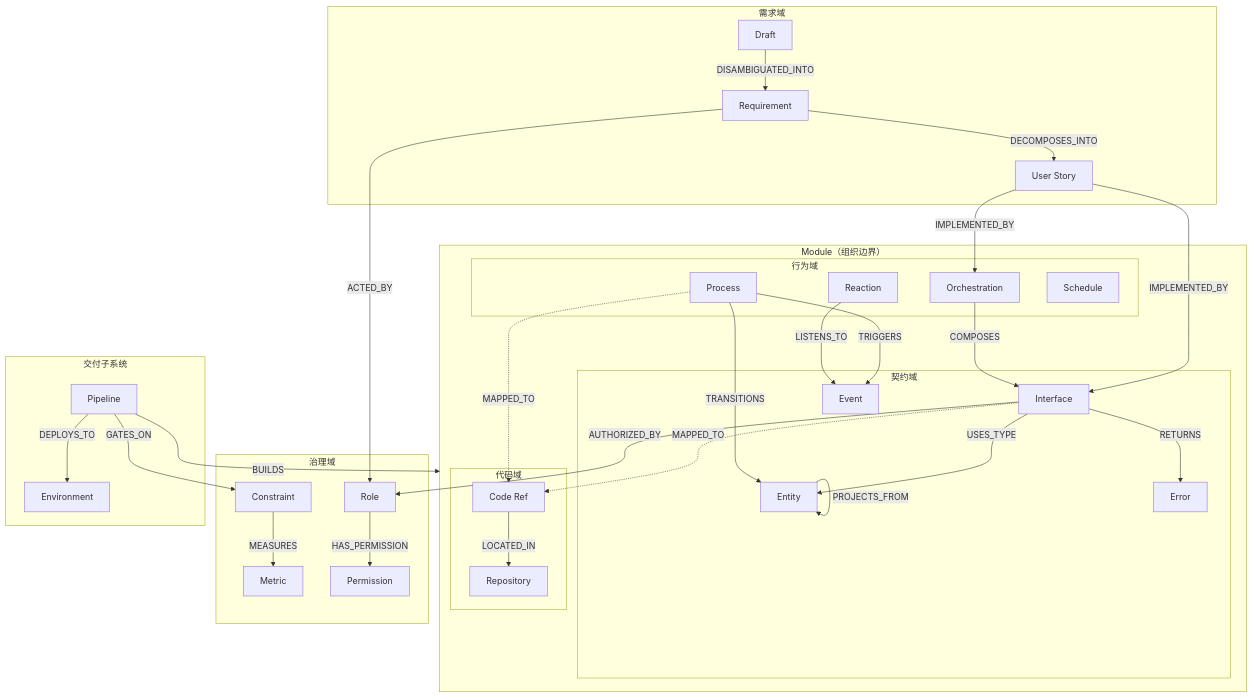
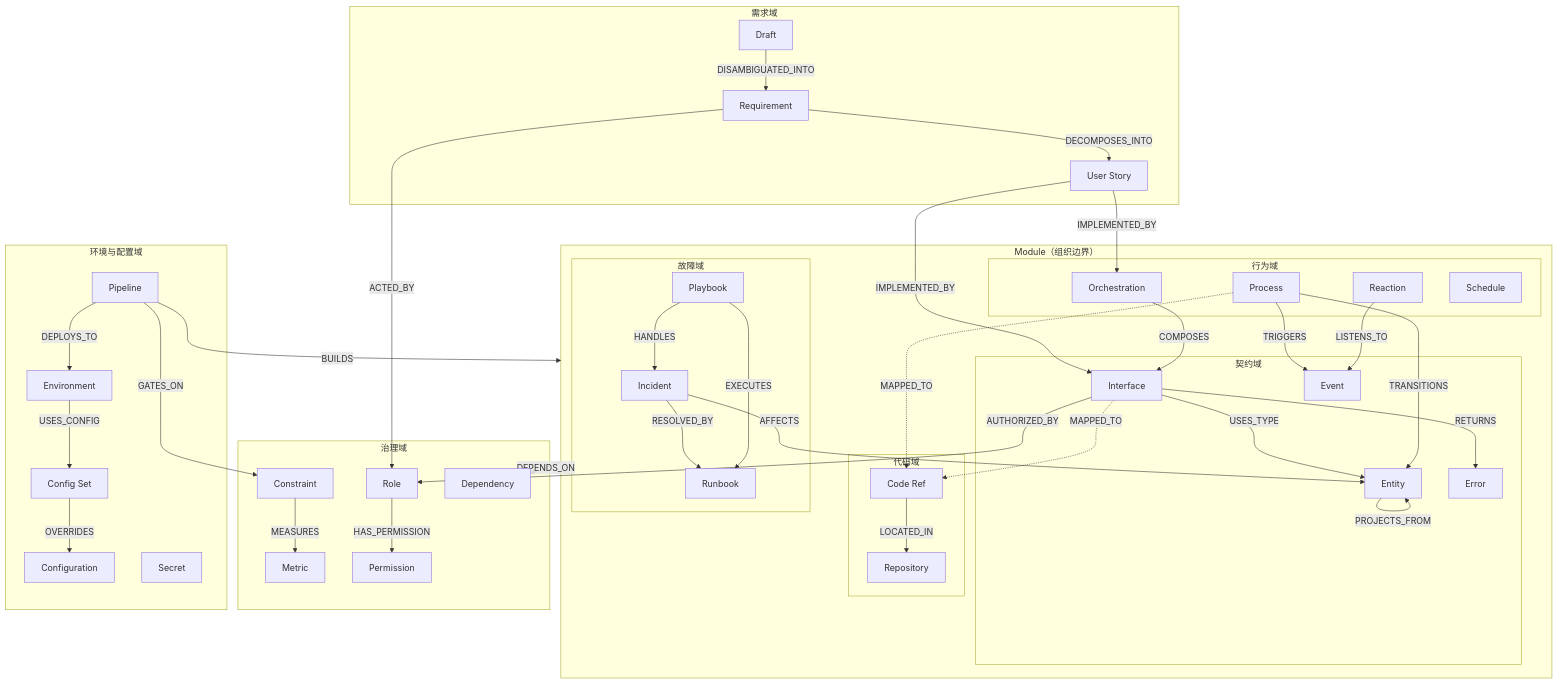
Before and after one commit to wang-x-xia/learn-ai: the second of 2 diagrams in idea/sds/concepts.md, drawn with Mermaid. The commit also changed other lines of this file and 10 other files, not shown here.

````diff
--- a/idea/sds/concepts.md
+++ b/idea/sds/concepts.md
@@ -116,58 +128,72 @@
 ```mermaid
 graph TD
     subgraph requirement["需求域"]
         DRAFT["Draft"] -->|DISAMBIGUATED_INTO| REQ["Requirement"]
         REQ -->|DECOMPOSES_INTO| US["User Story"]
     end
 
     subgraph module_boundary["Module（组织边界）"]
         subgraph contract["契约域"]
             ENT["Entity"] -->|PROJECTS_FROM| ENT
             API["Interface"] -->|USES_TYPE| ENT
             API -->|RETURNS| ERR["Error"]
             EVT["Event"]
         end
 
         subgraph behavior["行为域"]
             PROC["Process"]
             ORCH["Orchestration"]
             SUB["Reaction"]
             SCH["Schedule"]
         end
 
         subgraph code["代码域"]
             CREF["Code Ref"] -->|LOCATED_IN| REPO["Repository"]
         end
+        
+        subgraph incident["故障域"]
+            INC["Incident"] -->|RESOLVED_BY| RB["Runbook"]
+            PB["Playbook"] -->|HANDLES| INC
+            PB -->|EXECUTES| RB
+        end
     end
 
     subgraph governance["治理域"]
         CON["Constraint"] -->|MEASURES| MET["Metric"]
         ROLE["Role"] -->|HAS_PERMISSION| PERM["Permission"]
+        DEP["Dependency"]
     end
 
-    subgraph delivery["交付子系统"]
+    subgraph delivery["环境与配置域"]
         PIPE["Pipeline"] -->|DEPLOYS_TO| ENV["Environment"]
+        ENV -->|USES_CONFIG| CSET["Config Set"]
+        CSET -->|OVERRIDES| CONF["Configuration"]
+        SEC["Secret"]
     end
 
     %% 需求 → 实现
     US -->|IMPLEMENTED_BY| API
     US -->|IMPLEMENTED_BY| ORCH
 
     %% 行为 → 契约
     PROC -->|TRANSITIONS| ENT
     PROC -->|TRIGGERS| EVT
     ORCH -->|COMPOSES| API
     SUB -->|LISTENS_TO| EVT
 
     %% 契约/行为 → 代码
     API -.->|MAPPED_TO| CREF
     PROC -.->|MAPPED_TO| CREF
 
     %% → 治理
     REQ -->|ACTED_BY| ROLE
     API -->|AUTHORIZED_BY| ROLE
+    module_boundary -->|DEPENDS_ON| DEP
+    
+    %% → 故障域
+    INC -->|AFFECTS| ENT
 
     %% 交付
     PIPE -->|BUILDS| module_boundary
     PIPE -->|GATES_ON| CON
 ```
````
